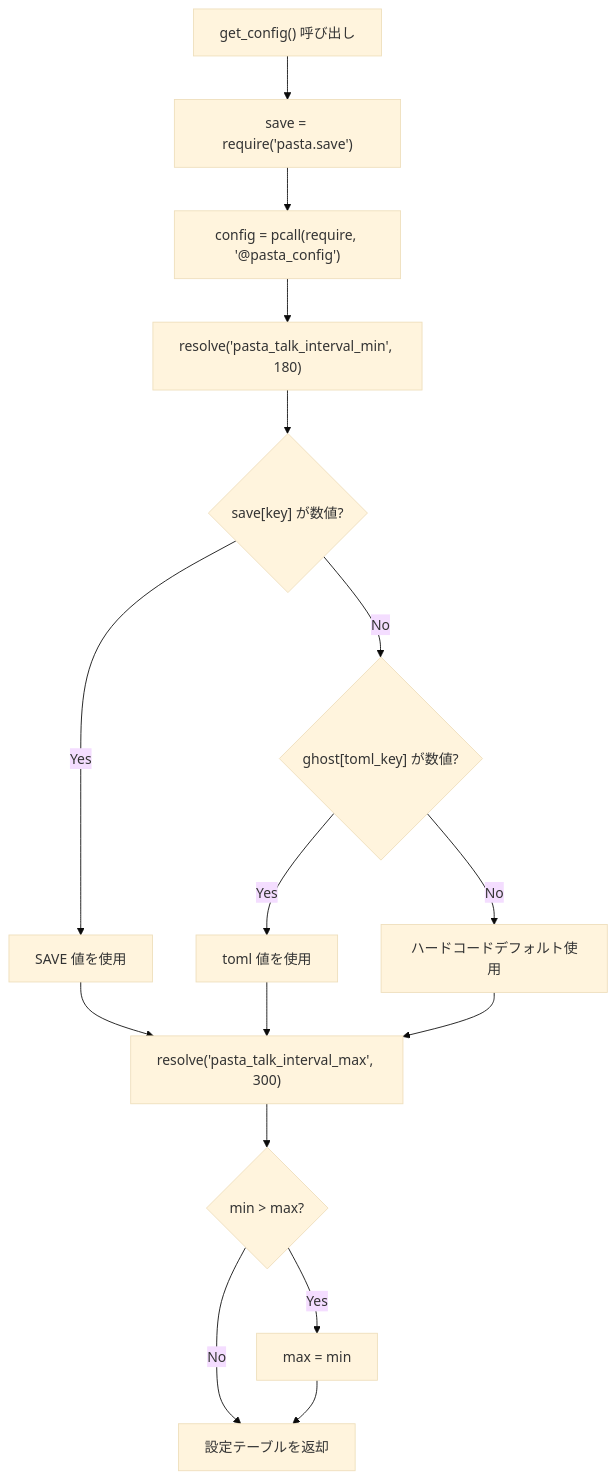
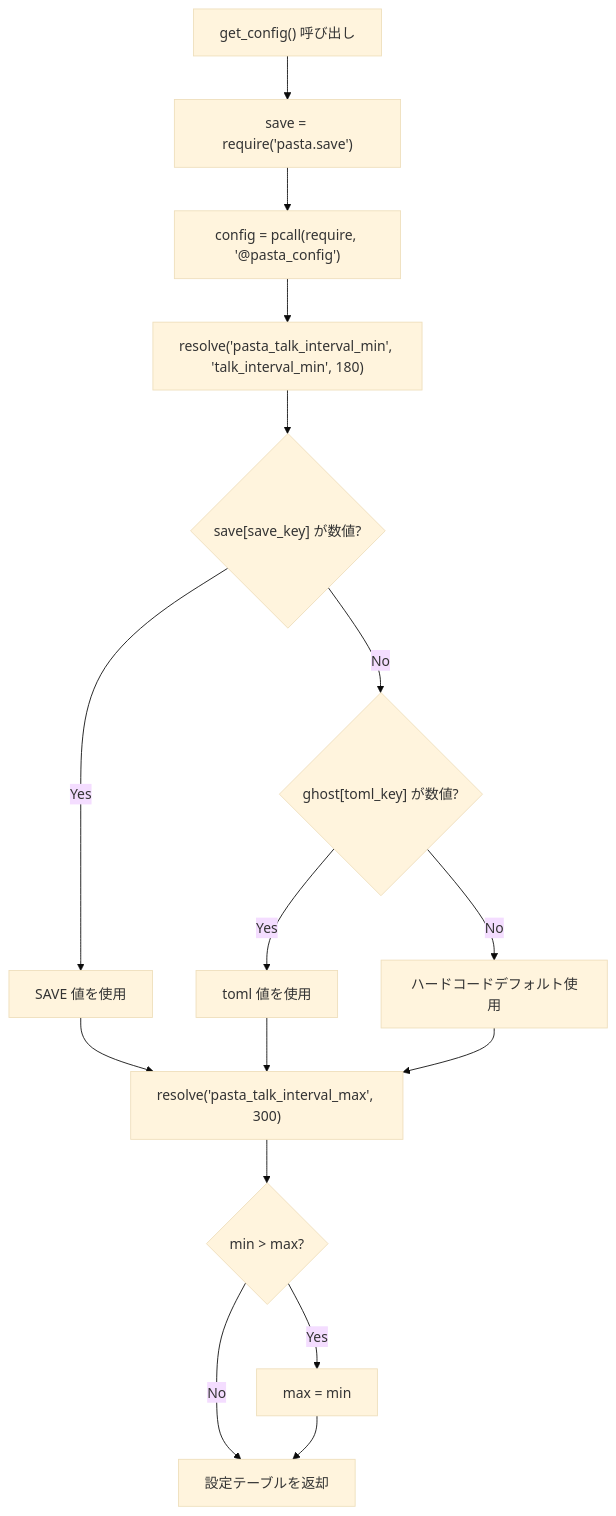
The second of 3 diagrams in .kiro/specs/talk-frequency-persistence/design.md (ekicyou/pasta), drawn with Mermaid (base theme) before and after one commit. The commit also changed other lines of this file and 1 other file, not shown here.

First line of the commit message:
fix(talk-frequency-persistence): resolve() シグネチャ不整合の修正

````diff
--- a/.kiro/specs/talk-frequency-persistence/design.md
+++ b/.kiro/specs/talk-frequency-persistence/design.md
@@ -88,21 +88,21 @@
 ```mermaid
 flowchart TD
     START["get_config() 呼び出し"] --> LOAD_SAVE["save = require('pasta.save')"]
     LOAD_SAVE --> LOAD_TOML["config = pcall(require, '@pasta_config')"]
-    LOAD_TOML --> RESOLVE_MIN["resolve('pasta_talk_interval_min', 180)"]
+    LOAD_TOML --> RESOLVE_MIN["resolve('pasta_talk_interval_min', 'talk_interval_min', 180)"]
 
-    RESOLVE_MIN --> CHECK_SAVE_MIN{"save[key] が数値?"}
+    RESOLVE_MIN --> CHECK_SAVE_MIN{"save[save_key] が数値?"}
     CHECK_SAVE_MIN -->|Yes| USE_SAVE_MIN["SAVE 値を使用"]
     CHECK_SAVE_MIN -->|No| CHECK_TOML_MIN{"ghost[toml_key] が数値?"}
     CHECK_TOML_MIN -->|Yes| USE_TOML_MIN["toml 値を使用"]
     CHECK_TOML_MIN -->|No| USE_DEFAULT_MIN["ハードコードデフォルト使用"]
 
     USE_SAVE_MIN --> RESOLVE_MAX["resolve('pasta_talk_interval_max', 300)"]
     USE_TOML_MIN --> RESOLVE_MAX
     USE_DEFAULT_MIN --> RESOLVE_MAX
 
     RESOLVE_MAX --> VALIDATE{"min > max?"}
     VALIDATE -->|Yes| CLAMP["max = min"]
     VALIDATE -->|No| RETURN["設定テーブルを返却"]
     CLAMP --> RETURN
 ```
````
